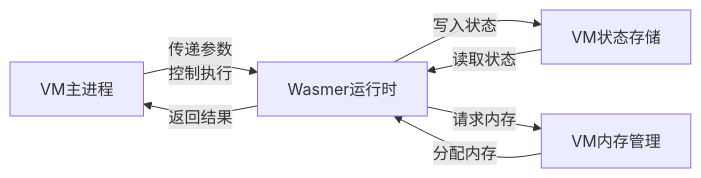
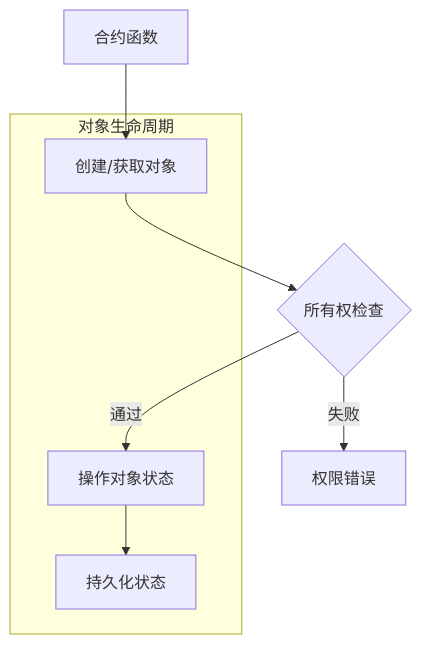
One commit to govm-net/vm changed the fifth of 5 diagrams in docs/vm_architecture.md. Above: the diagram before and after it, drawn with Mermaid. The commit also changed other lines of this file and 1 other file, not shown here.

````diff
--- a/docs/vm_architecture.md
+++ b/docs/vm_architecture.md
@@ -263,11 +367,14 @@
 ```mermaid
-flowchart LR
-    A[VM主进程] -- "传递参数\n控制执行" --> B[Wasmer运行时]
-    B -- "返回结果" --> A
+flowchart TD
+    A[合约函数] --> B[创建/获取对象]
+    B --> C{所有权检查}
+    C -- 通过 --> D[操作对象状态]
+    C -- 失败 --> E[权限错误]
+    D --> F[持久化状态]
     
-    C[VM状态存储] -- "读取状态" --> B
-    B -- "写入状态" --> C
-    
-    D[VM内存管理] -- "分配内存" --> B
-    B -- "请求内存" --> D
+    subgraph 对象生命周期
+        B
+        D
+        F
+    end
 ```
````
